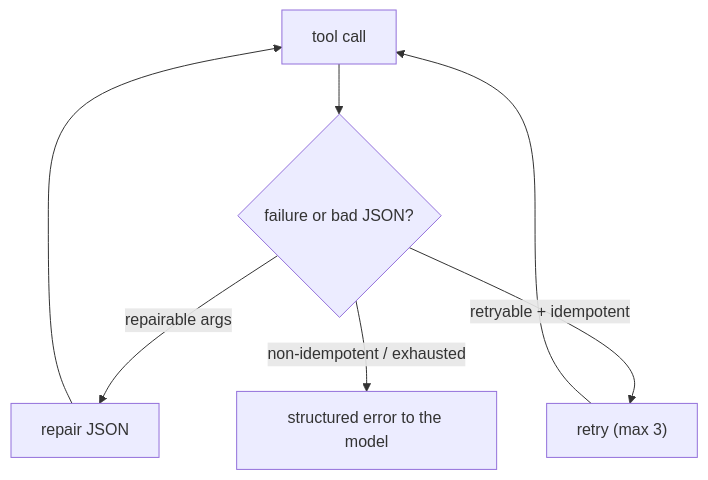
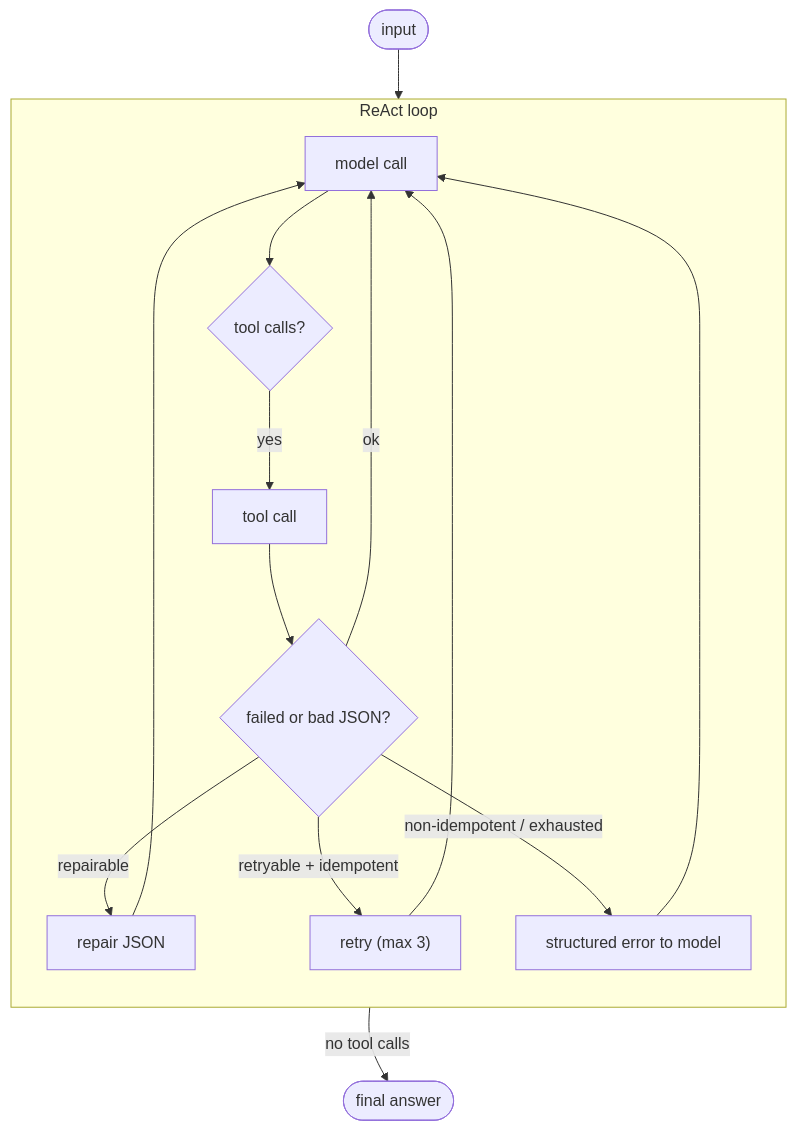
One commit to michaelatamuk/openjiuwen-jiuwenswarm changed diagram 13 of 31 in docs-michael/agent-interview-questions.md. Above: the diagram before and after it, drawn with Mermaid. The commit also changed other lines of this file, not shown here.

````diff
--- a/docs-michael/agent-interview-questions.md
+++ b/docs-michael/agent-interview-questions.md
@@ -236,7 +257,16 @@
 ```mermaid
 flowchart TD
-    C["tool call"] --> E{"failure or bad JSON?"}
-    E -->|repairable args| FIX["repair JSON"] --> C
-    E -->|"retryable + idempotent"| RETRY["retry (max 3)"] --> C
-    E -->|"non-idempotent / exhausted"| ERR["structured error to the model"]
+    I(["input"]) --> M
+    subgraph LOOP["ReAct loop"]
+    direction TB
+        M["model call"] --> D{"tool calls?"}
+        D -->|yes| C["tool call"]
+        C --> E{"failed or bad JSON?"}
+        E -->|repairable| FIX["repair JSON"] --> M
+        E -->|"retryable + idempotent"| RETRY["retry (max 3)"] --> M
+        E -->|"non-idempotent / exhausted"| ERR["structured error to model"] --> M
+        E -->|ok| M
+    end
+    D -->|"no tool calls"| A(["final answer"])
+    ERR ~~~ A
 ```
````
